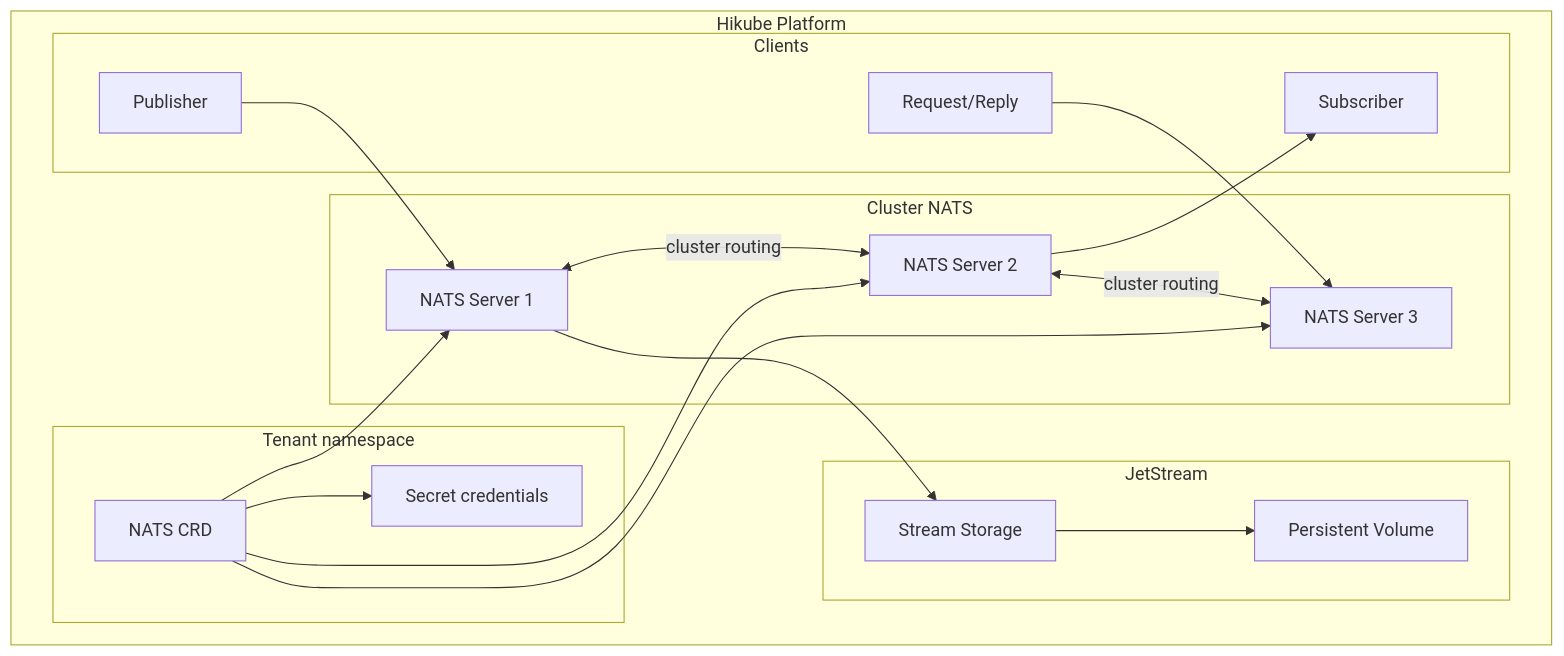
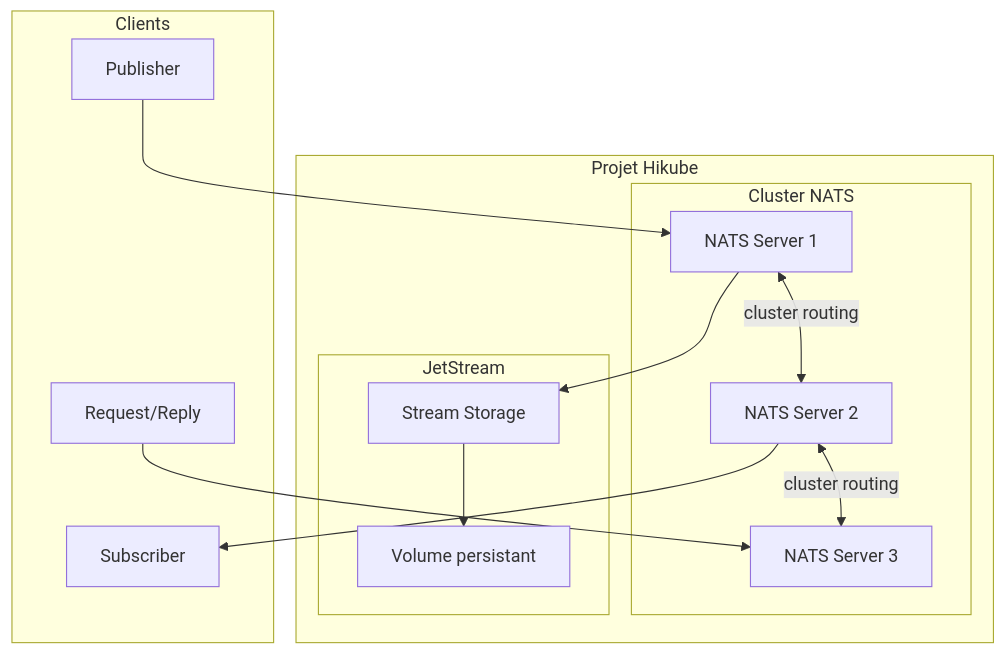
The first of 4 diagrams in docs/services/messaging/nats/concepts.md (HidoraSwiss/hikube-public-doc), drawn with Mermaid before and after one commit. The commit also changed other lines of this file and 25 other files, not shown here.

````diff
--- a/docs/services/messaging/nats/concepts.md
+++ b/docs/services/messaging/nats/concepts.md
@@ -12,38 +17,29 @@
 ```mermaid
 graph TB
-    subgraph "Hikube Platform"
-        subgraph "Tenant namespace"
-            CR[NATS CRD]
-            SEC[Secret credentials]
-        end
-
+    subgraph "Projet Hikube"
         subgraph "Cluster NATS"
             N1[NATS Server 1]
             N2[NATS Server 2]
             N3[NATS Server 3]
         end
 
         subgraph "JetStream"
             JS[Stream Storage]
-            PV[Persistent Volume]
-        end
-
-        subgraph "Clients"
-            PUB[Publisher]
-            SUB[Subscriber]
-            REQ[Request/Reply]
+            PV[Volume persistant]
         end
     end
 
-    CR --> N1
-    CR --> N2
-    CR --> N3
+    subgraph "Clients"
+        PUB[Publisher]
+        SUB[Subscriber]
+        REQ[Request/Reply]
+    end
+
     N1 <-->|cluster routing| N2
     N2 <-->|cluster routing| N3
     N1 --> JS
     JS --> PV
     PUB --> N1
     N2 --> SUB
     REQ --> N3
-    CR --> SEC
 ```
````
